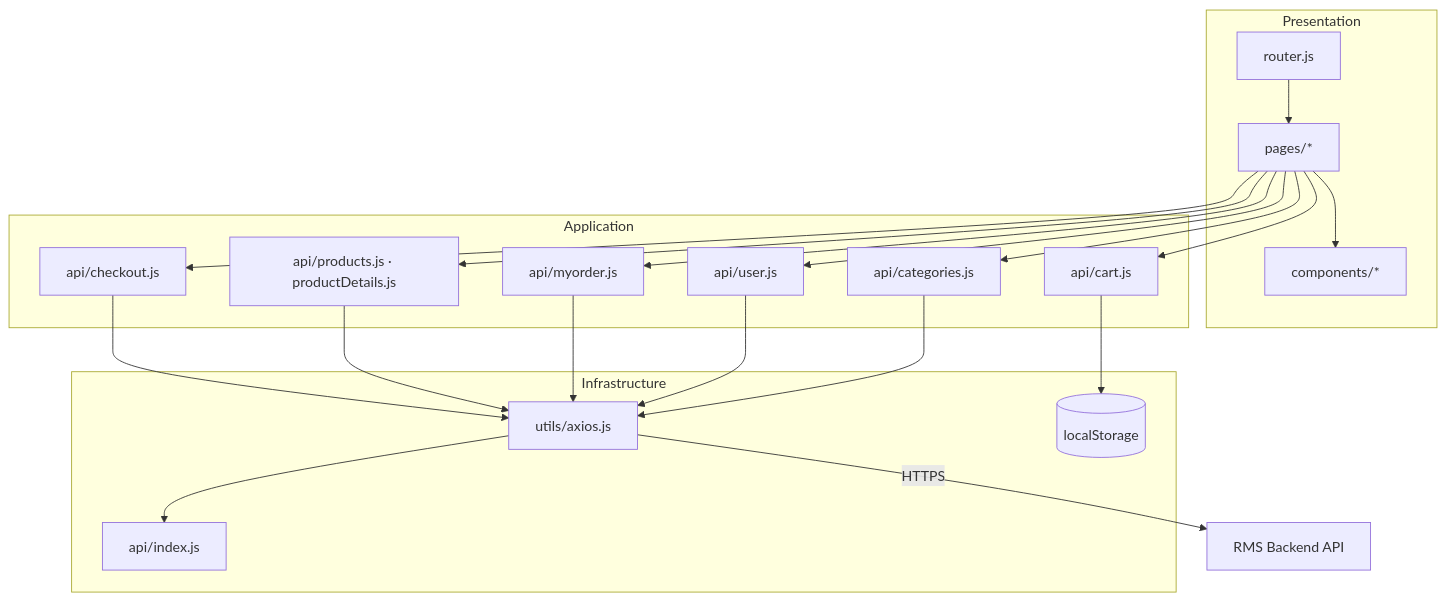
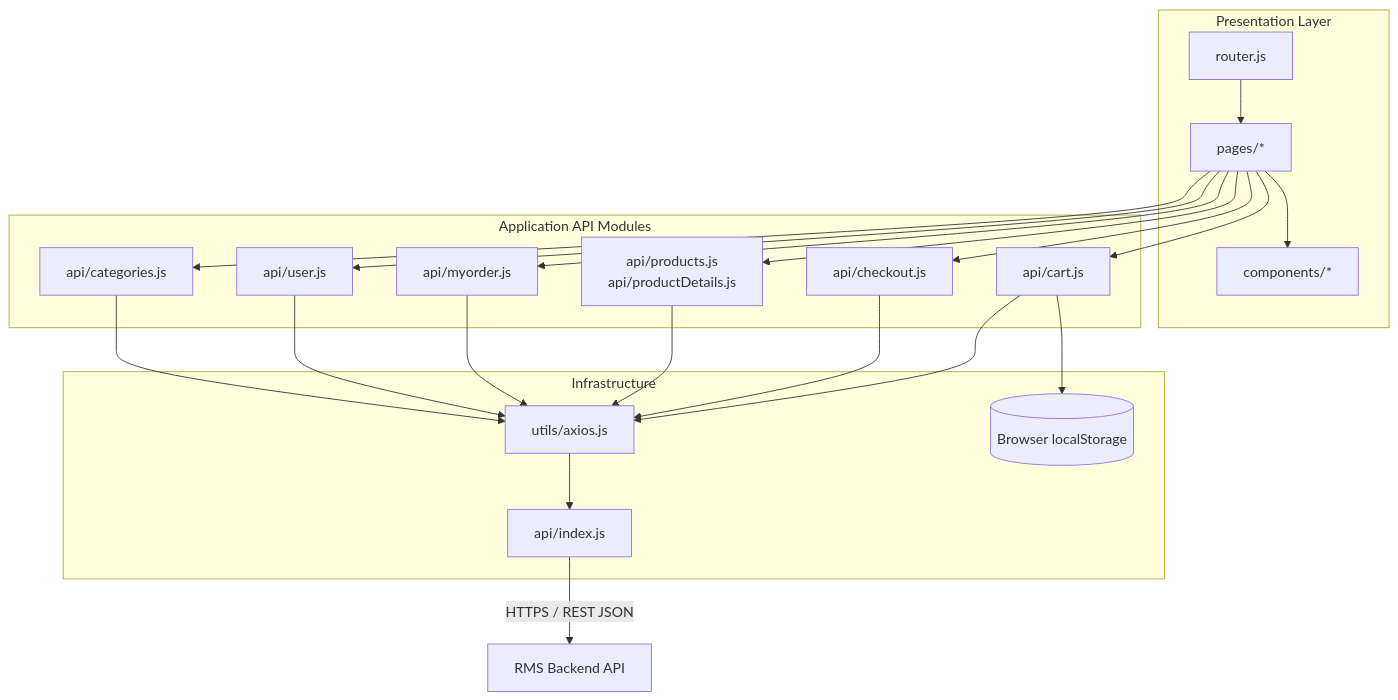
One commit to suliman-mousa/restaurant-ordering-platform changed the fourth of 14 diagrams in DIAGRAMS.md. Above: the diagram before and after it, drawn with Mermaid. The commit also changed other lines of this file, not shown here.

````diff
--- a/DIAGRAMS.md
+++ b/DIAGRAMS.md
@@ -74,34 +104,43 @@
 ```mermaid
 flowchart TB
-  subgraph Presentation
-    R[router.js]
-    P[pages/*]
-    UI[components/*]
-    R --> P --> UI
-  end
+    subgraph Presentation["Presentation Layer"]
+        ROUTER["router.js"]
+        PAGES["pages/*"]
+        COMPONENTS["components/*"]
+        ROUTER --> PAGES
+        PAGES --> COMPONENTS
+    end
 
-  subgraph Application
-    CART[api/cart.js]
-    CHK[api/checkout.js]
-    PRD[api/products.js · productDetails.js]
-    ORD[api/myorder.js]
-    AUTH[api/user.js]
-    CAT[api/categories.js]
-  end
+    subgraph Application["Application API Modules"]
+        CART["api/cart.js"]
+        CHECKOUT["api/checkout.js"]
+        PRODUCTS["api/products.js<br/>api/productDetails.js"]
+        ORDERS["api/myorder.js"]
+        AUTH["api/user.js"]
+        CATEGORIES["api/categories.js"]
+    end
 
-  subgraph Infrastructure
-    AX[utils/axios.js]
-    REG[api/index.js]
-    STORE[(localStorage)]
-  end
+    subgraph Infrastructure["Infrastructure"]
+        AXIOS["utils/axios.js"]
+        API_INDEX["api/index.js"]
+        STORAGE[("Browser localStorage")]
+    end
 
-  P --> CART & CHK & PRD & ORD & AUTH & CAT
-  CART --> STORE
-  CHK --> AX
-  PRD --> AX
-  ORD --> AX
-  AUTH --> AX
-  CAT --> AX
-  AX --> REG
-  AX -->|HTTPS| API[RMS Backend API]
+    PAGES --> CART
+    PAGES --> CHECKOUT
+    PAGES --> PRODUCTS
+    PAGES --> ORDERS
+    PAGES --> AUTH
+    PAGES --> CATEGORIES
+
+    CART --> STORAGE
+    CART --> AXIOS
+    CHECKOUT --> AXIOS
+    PRODUCTS --> AXIOS
+    ORDERS --> AXIOS
+    AUTH --> AXIOS
+    CATEGORIES --> AXIOS
+
+    AXIOS --> API_INDEX
+    API_INDEX -->|"HTTPS / REST JSON"| BACKEND["RMS Backend API"]
 ```
````
